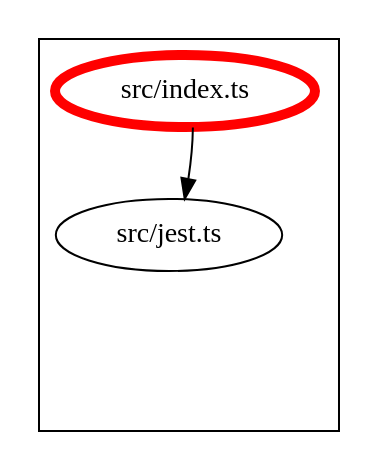
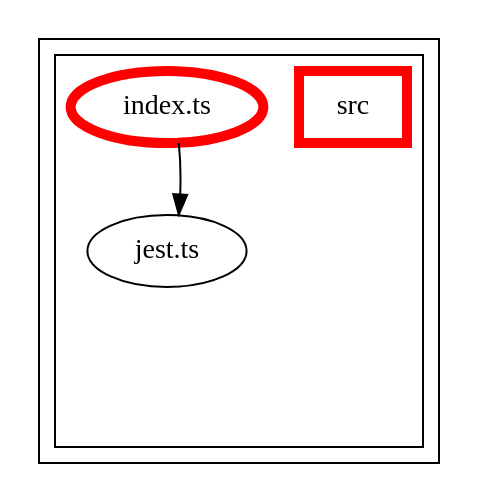
The diagram in packages/alfa-jest/docs/dependency-graph.dot (Siteimprove/alfa-integrations), drawn with Graphviz before and after one commit. The commit also changed 53 other files, not shown here.

Commit message:
Update dependency graphs

```diff
--- a/packages/alfa-jest/docs/dependency-graph.dot
+++ b/packages/alfa-jest/docs/dependency-graph.dot
@@ -1,32 +1,51 @@
 digraph "dependency-graph-@siteimprove/alfa-jest" {
   compound = true;
   "src/jest.ts";
   subgraph "cluster_src" {
     color = "#000000";
     label = "";
-    "src/jest.ts" [
-      label = "src/jest.ts";
-    ];
     "exit_src" [
       style = "invis";
     ];
-    "src/index.ts" [
-      label = "src/index.ts";
-      color = "#ff0000";
-      penwidth = 5;
-    ];
-    "src/jest.ts" -> "exit_src" [
+    subgraph "cluster_src" {
+      color = "#000000";
+      label = "";
+      "name_src" [
+        penwidth = 5;
+        shape = "rectangle";
+        color = "#ff0000";
+        label = "src";
+      ];
+      "exit_src" [
+        style = "invis";
+      ];
+      "src/jest.ts" [
+        label = "jest.ts";
+      ];
+      "src/index.ts" [
+        label = "index.ts";
+        color = "#ff0000";
+        penwidth = 5;
+      ];
+      "src/jest.ts" -> "exit_src" [
+        style = "invis";
+      ];
+      "src/index.ts" -> "exit_src" [
+        style = "invis";
+      ];
+    }
+    "exit_src" -> "exit_src" [
       style = "invis";
     ];
-    "src/index.ts" -> "exit_src" [
+    "exit_src" -> "exit_src" [
       style = "invis";
     ];
   }
   "src/index.ts" -> "src/jest.ts" [
     style = "invis";
   ];
   "src/index.ts" -> "src/jest.ts" [
     style = "solid";
     color = "black";
   ];
 }
```
